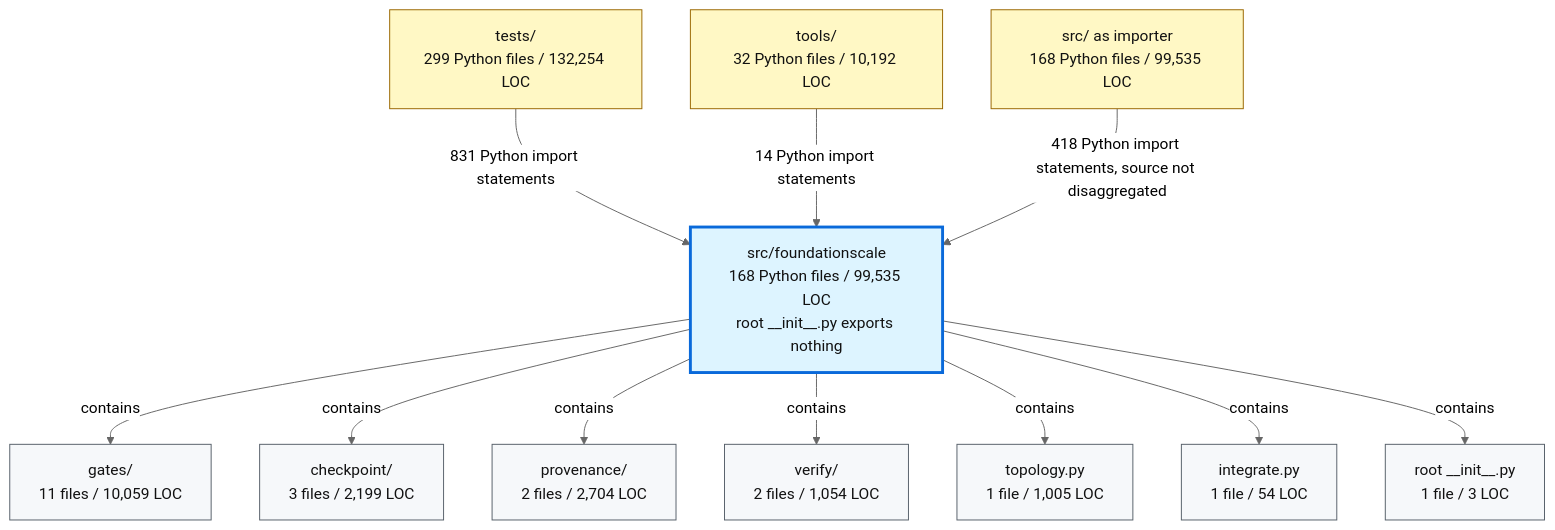
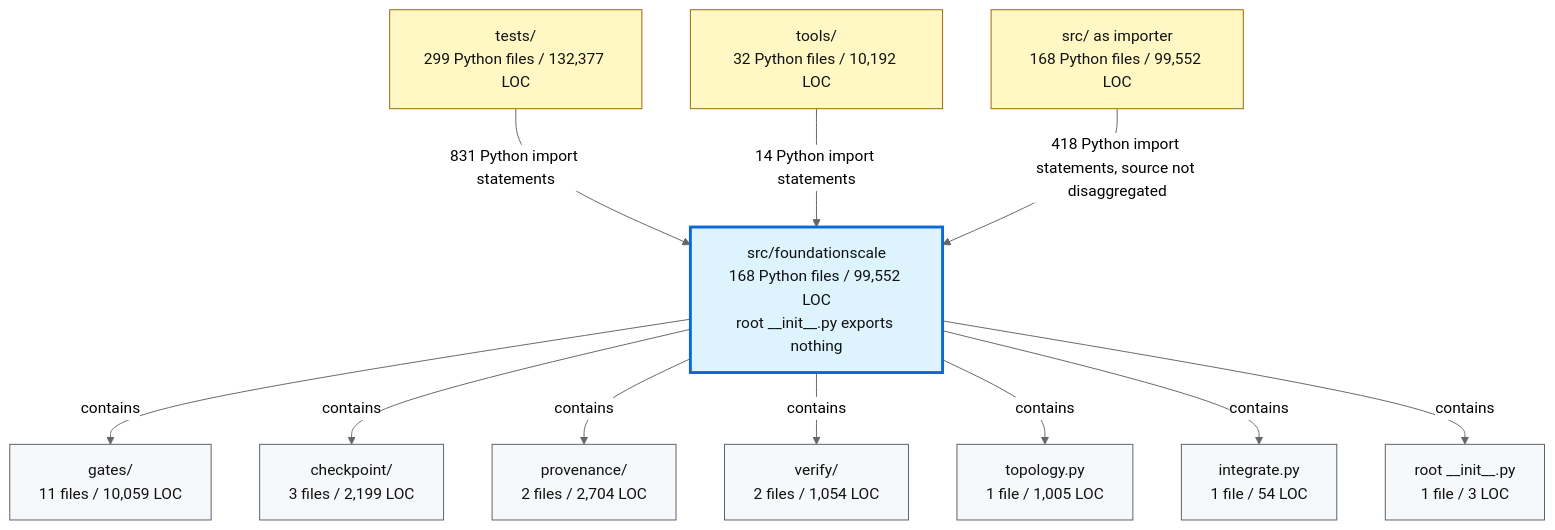
One commit to TranNhiem/FoundationScale changed the second of 2 diagrams in docs/review/D2_current_architecture.md. Above: the diagram before and after it, drawn with Mermaid (neutral theme). The commit also changed other lines of this file and 10 other files, not shown here.

````diff
--- a/docs/review/D2_current_architecture.md
+++ b/docs/review/D2_current_architecture.md
@@ -97,36 +97,36 @@
 ```mermaid
 flowchart TB
-  TESTS["tests/<br/>299 Python files / 132,254 LOC"]
+  TESTS["tests/<br/>299 Python files / 132,377 LOC"]
   TOOLS["tools/<br/>32 Python files / 10,192 LOC"]
-  SRC["src/ as importer<br/>168 Python files / 99,535 LOC"]
+  SRC["src/ as importer<br/>168 Python files / 99,552 LOC"]
 
-  FS["src/foundationscale<br/>168 Python files / 99,535 LOC<br/>root __init__.py exports nothing"]
+  FS["src/foundationscale<br/>168 Python files / 99,552 LOC<br/>root __init__.py exports nothing"]
 
   GATES["gates/<br/>11 files / 10,059 LOC"]
   CKPT["checkpoint/<br/>3 files / 2,199 LOC"]
   PROV["provenance/<br/>2 files / 2,704 LOC"]
   VERIFY["verify/<br/>2 files / 1,054 LOC"]
   TOPO["topology.py<br/>1 file / 1,005 LOC"]
   INTEG["integrate.py<br/>1 file / 54 LOC"]
   ROOT["root __init__.py<br/>1 file / 3 LOC"]
 
   TESTS -->|"831 Python import statements"| FS
   TOOLS -->|"14 Python import statements"| FS
   SRC -->|"418 Python import statements, source not disaggregated"| FS
 
   FS -->|"contains"| GATES
   FS -->|"contains"| CKPT
   FS -->|"contains"| PROV
   FS -->|"contains"| VERIFY
   FS -->|"contains"| TOPO
   FS -->|"contains"| INTEG
   FS -->|"contains"| ROOT
 
   classDef consumer fill:#fff8c5,stroke:#9a6700,color:#111;
   classDef package fill:#ddf4ff,stroke:#0969da,stroke-width:3px,color:#111;
   classDef module fill:#f6f8fa,stroke:#57606a,color:#111;
 
   class TESTS,TOOLS,SRC consumer;
   class FS package;
   class GATES,CKPT,PROV,VERIFY,TOPO,INTEG,ROOT module;
 ```
````
